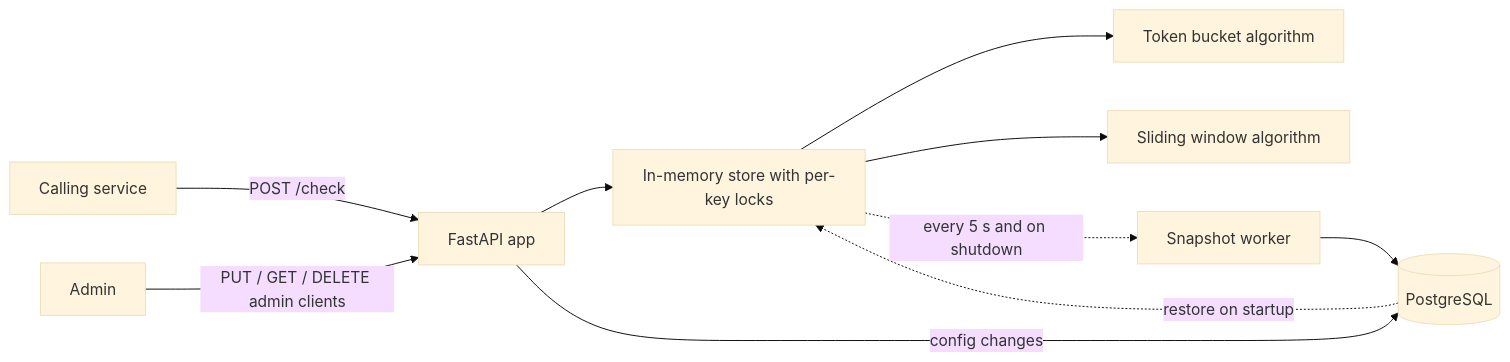
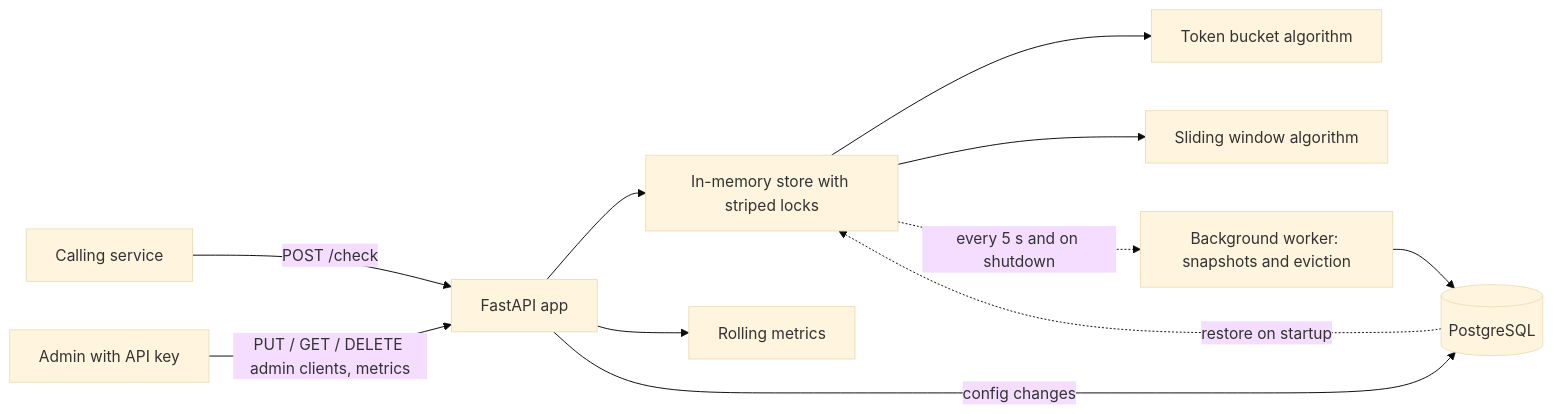
One commit to suhanipaliwal8/token-bucket-rate-limiter changed the diagram in README.md. Above: the diagram before and after it, drawn with Mermaid (base theme). The commit also changed other lines of this file, not shown here.

Commit message:
docs: document admin authentication and refresh README

````diff
--- a/README.md
+++ b/README.md
@@ -17,12 +18,13 @@
 ```mermaid
 flowchart LR
     Caller[Calling service] -->|POST /check| API[FastAPI app]
-    Admin[Admin] -->|PUT / GET / DELETE admin clients| API
-    API --> Store[In-memory store with per-key locks]
+    Admin[Admin with API key] -->|PUT / GET / DELETE admin clients, metrics| API
+    API --> Store[In-memory store with striped locks]
+    API --> Metrics[Rolling metrics]
     Store --> TB[Token bucket algorithm]
     Store --> SW[Sliding window algorithm]
-    Store -.->|every 5 s and on shutdown| Worker[Snapshot worker]
+    Store -.->|every 5 s and on shutdown| Worker[Background worker: snapshots and eviction]
     Worker --> DB[(PostgreSQL)]
     API -->|config changes| DB
     DB -.->|restore on startup| Store
 ```
````
